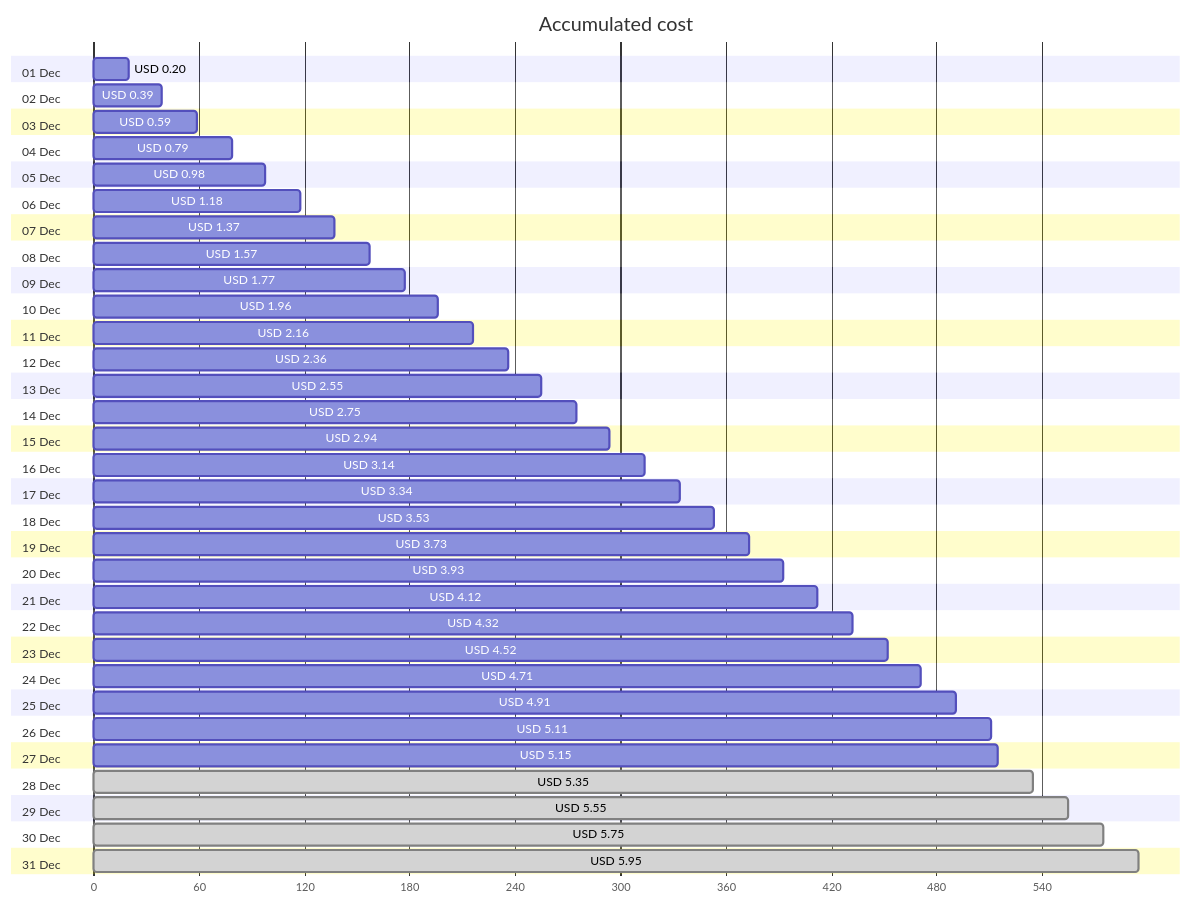
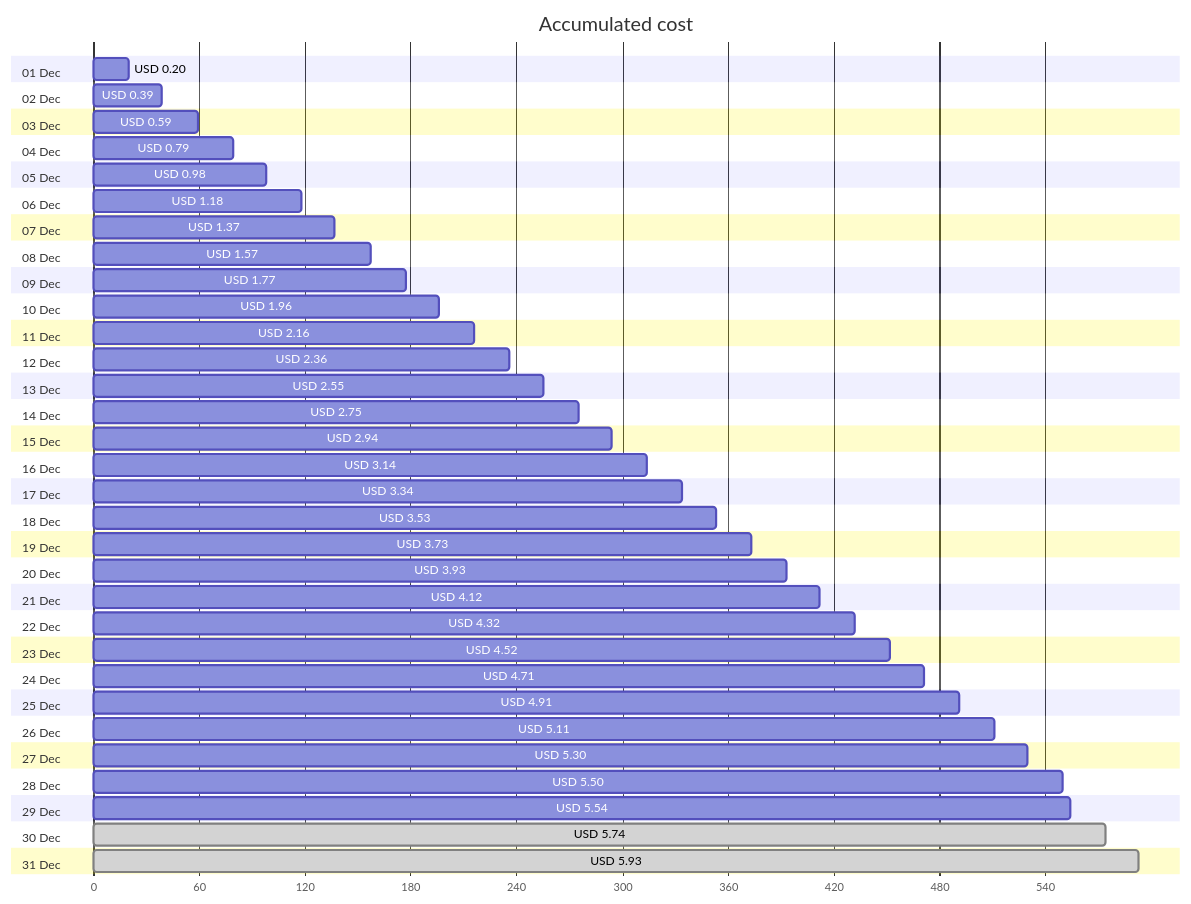
One commit to jpfulton/azure-personal-reports changed the first of 4 diagrams in cost-reports/personal-network/backup-server.md. Above: the diagram before and after it, drawn with Mermaid. The commit also changed other lines of this file and 8 other files, not shown here.

````diff
--- a/cost-reports/personal-network/backup-server.md
+++ b/cost-reports/personal-network/backup-server.md
@@ -20,68 +20,68 @@
 ```mermaid
 gantt
    title Accumulated cost
    dateFormat  X
    axisFormat %s
    section 01 Dec
    USD 0.20 :0, 20
    section 02 Dec
    USD 0.39 :0, 39
    section 03 Dec
    USD 0.59 :0, 59
    section 04 Dec
    USD 0.79 :0, 79
    section 05 Dec
    USD 0.98 :0, 98
    section 06 Dec
    USD 1.18 :0, 118
    section 07 Dec
    USD 1.37 :0, 137
    section 08 Dec
    USD 1.57 :0, 157
    section 09 Dec
    USD 1.77 :0, 177
    section 10 Dec
    USD 1.96 :0, 196
    section 11 Dec
    USD 2.16 :0, 216
    section 12 Dec
    USD 2.36 :0, 236
    section 13 Dec
    USD 2.55 :0, 255
    section 14 Dec
    USD 2.75 :0, 275
    section 15 Dec
    USD 2.94 :0, 294
    section 16 Dec
    USD 3.14 :0, 314
    section 17 Dec
    USD 3.34 :0, 334
    section 18 Dec
    USD 3.53 :0, 353
    section 19 Dec
    USD 3.73 :0, 373
    section 20 Dec
    USD 3.93 :0, 393
    section 21 Dec
    USD 4.12 :0, 412
    section 22 Dec
    USD 4.32 :0, 432
    section 23 Dec
    USD 4.52 :0, 452
    section 24 Dec
    USD 4.71 :0, 471
    section 25 Dec
    USD 4.91 :0, 491
    section 26 Dec
    USD 5.11 :0, 511
    section 27 Dec
-   USD 5.15 :0, 515
+   USD 5.30 :0, 530
    section 28 Dec
-   USD 5.35 : done, 0, 535
+   USD 5.50 :0, 550
    section 29 Dec
-   USD 5.55 : done, 0, 555
+   USD 5.54 :0, 554
    section 30 Dec
-   USD 5.75 : done, 0, 575
+   USD 5.74 : done, 0, 574
    section 31 Dec
-   USD 5.95 : done, 0, 595
+   USD 5.93 : done, 0, 593
 ```
````
